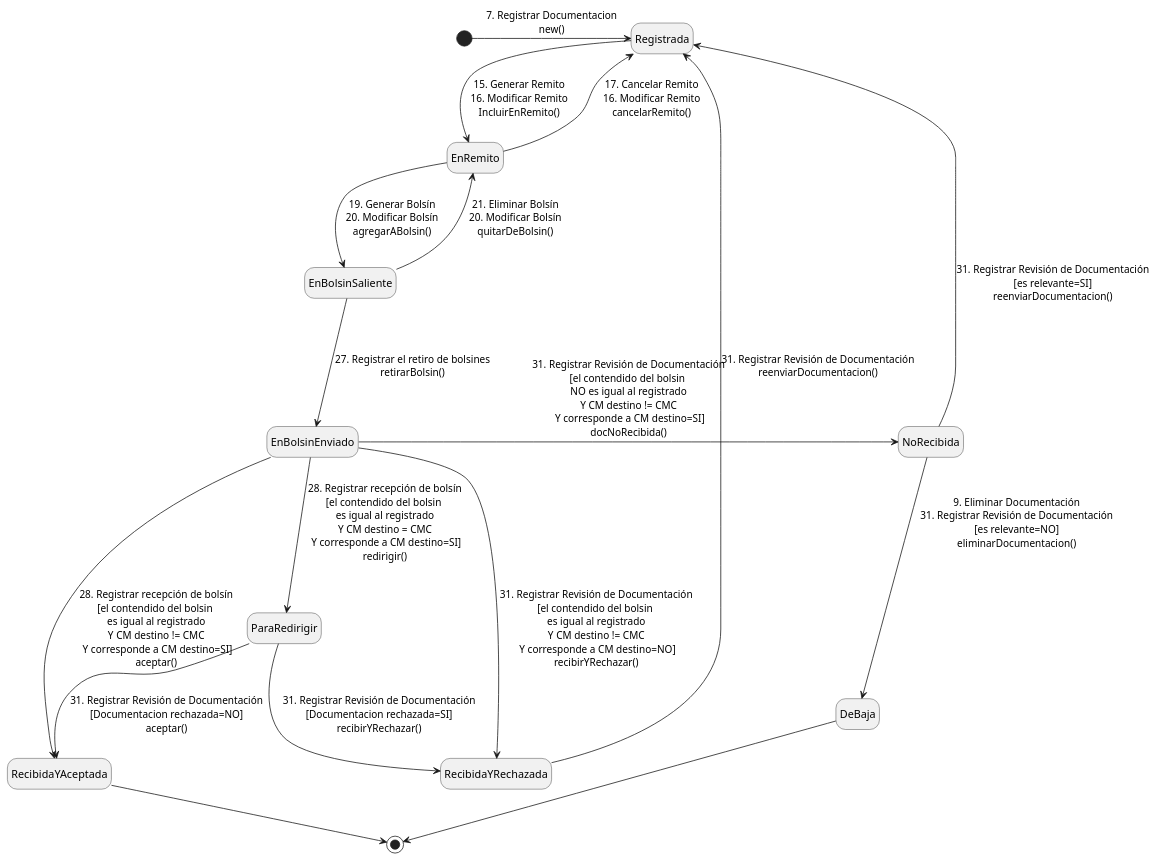
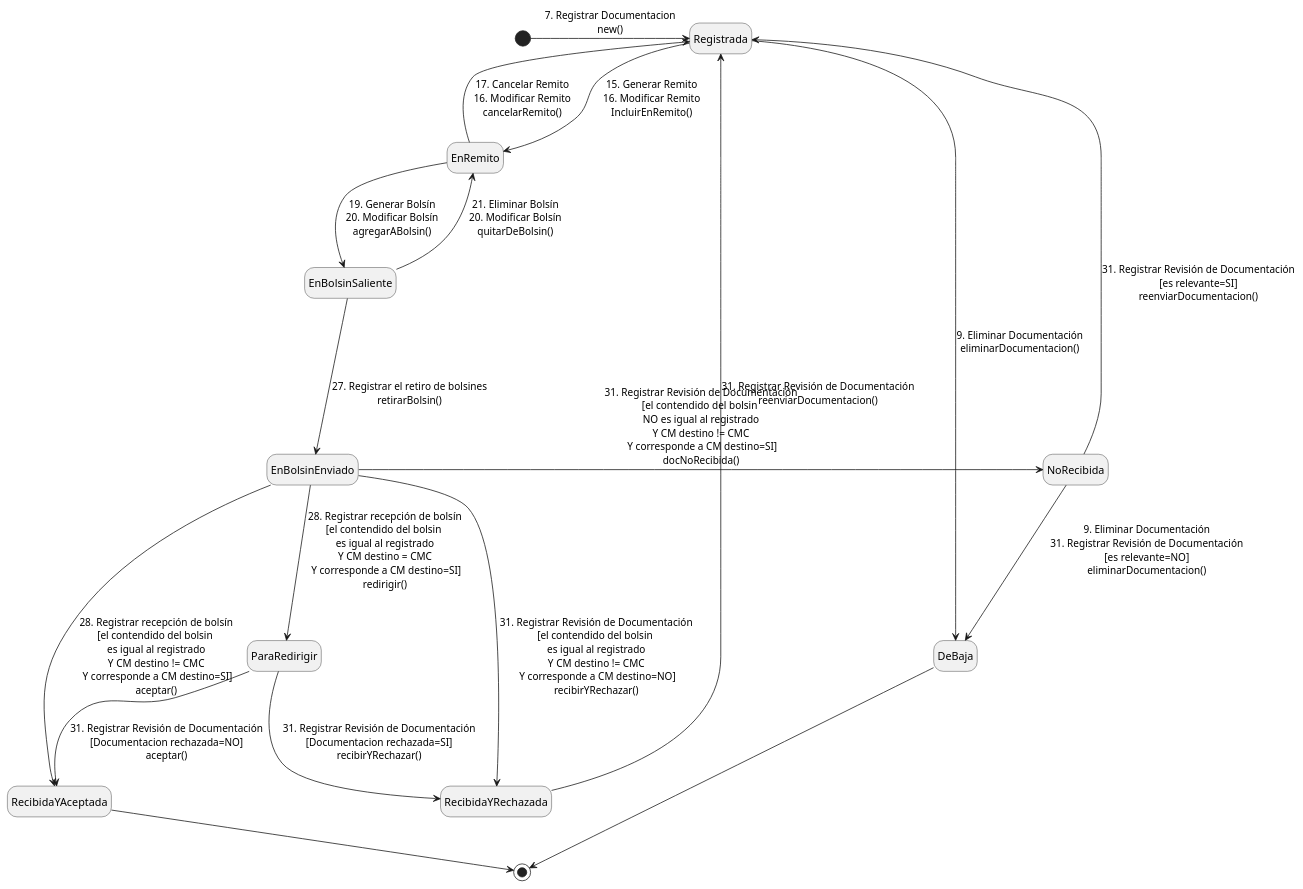
Before and after one commit to JuanjoCasas/PPAI-Bolsin: the diagram in doc/CU28_RegistrarRecepcionDeBolsin/Analisis/ME_Documentacion.puml, drawn with PlantUML. The commit also changed 2 other files, not shown here.

```diff
--- a/doc/CU28_RegistrarRecepcionDeBolsin/Analisis/ME_Documentacion.puml
+++ b/doc/CU28_RegistrarRecepcionDeBolsin/Analisis/ME_Documentacion.puml
@@ -1,28 +1,30 @@
 @startuml "Maquina de estados de Documentación"
 hide empty description
 
 [*] -> Registrada : 7. Registrar Documentacion\nnew()
 
 Registrada --> EnRemito : 15. Generar Remito\n16. Modificar Remito\nIncluirEnRemito()
+
+Registrada --> DeBaja : 9. Eliminar Documentación\neliminarDocumentacion()
 
 EnRemito -> Registrada : 17. Cancelar Remito\n16. Modificar Remito\ncancelarRemito()
 
 EnRemito --> EnBolsinSaliente : 19. Generar Bolsín\n20. Modificar Bolsín\nagregarABolsin()
 
 EnBolsinSaliente -> EnRemito : 21. Eliminar Bolsín\n20. Modificar Bolsín\nquitarDeBolsin()
 
 EnBolsinSaliente ---> EnBolsinEnviado : 27. Registrar el retiro de bolsines\nretirarBolsin()
 
 EnBolsinEnviado --> RecibidaYAceptada: 28. Registrar recepción de bolsín\n[el contendido del bolsin \nes igual al registrado\nY CM destino != CMC\n Y corresponde a CM destino=SI]\naceptar()
 EnBolsinEnviado -> NoRecibida: 31. Registrar Revisión de Documentación\n[el contendido del bolsin \nNO es igual al registrado\nY CM destino != CMC\n Y corresponde a CM destino=SI]\ndocNoRecibida()
 NoRecibida -> Registrada: 31. Registrar Revisión de Documentación\n[es relevante=SI]\nreenviarDocumentacion()
 NoRecibida --> DeBaja: 9. Eliminar Documentación\n31. Registrar Revisión de Documentación\n[es relevante=NO]\neliminarDocumentacion()
 EnBolsinEnviado -> RecibidaYRechazada: 31. Registrar Revisión de Documentación\n[el contendido del bolsin \nes igual al registrado\nY CM destino != CMC\n Y corresponde a CM destino=NO]\nrecibirYRechazar()
 RecibidaYRechazada -> Registrada: 31. Registrar Revisión de Documentación\nreenviarDocumentacion()
 EnBolsinEnviado --> ParaRedirigir: 28. Registrar recepción de bolsín\n[el contendido del bolsin \nes igual al registrado\nY CM destino = CMC\n Y corresponde a CM destino=SI]\nredirigir()
 ParaRedirigir --> RecibidaYAceptada: 31. Registrar Revisión de Documentación\n[Documentacion rechazada=NO]\naceptar()
 ParaRedirigir --> RecibidaYRechazada: 31. Registrar Revisión de Documentación\n[Documentacion rechazada=SI]\nrecibirYRechazar()
 RecibidaYAceptada --> [*]
 DeBaja --> [*]
 
 @enduml
```
